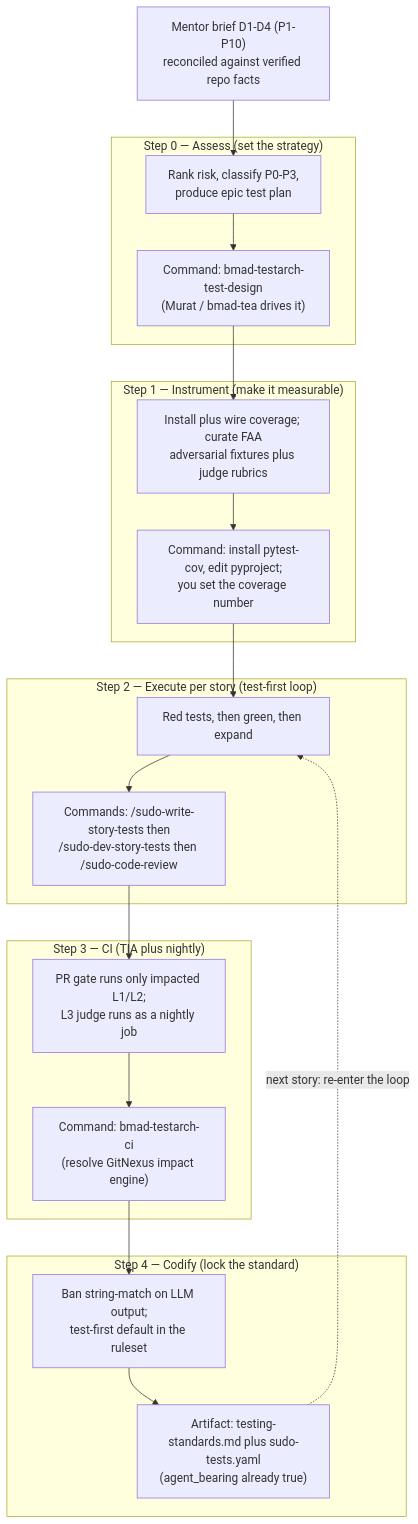
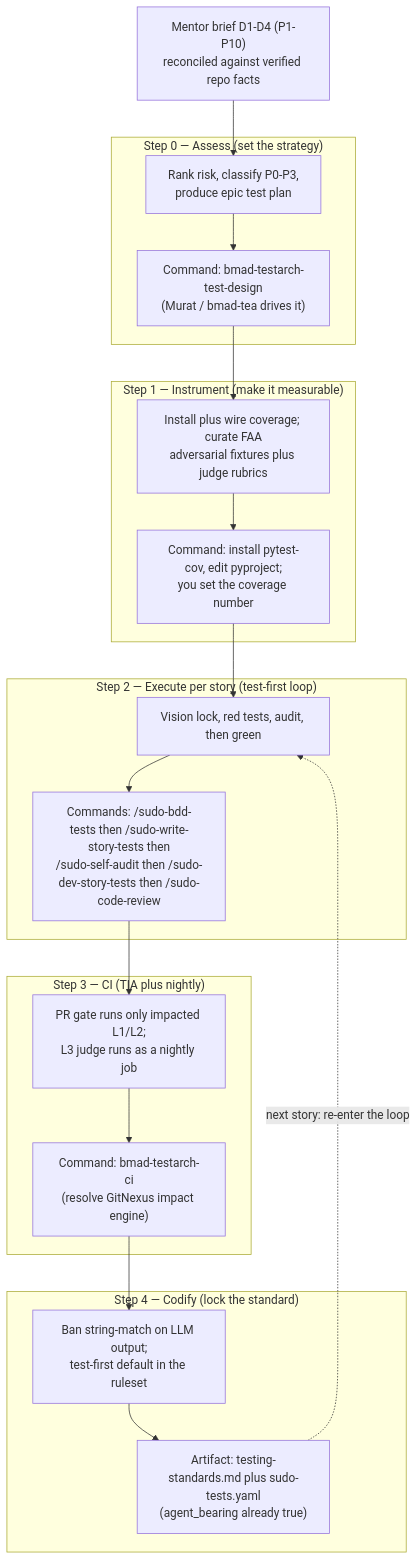
The first of 12 diagrams in _my_resources/open_tasks/tea_testing_guide.md (sudomadhatter/Sudo_Hatter_Command), drawn with Mermaid before and after one commit. The commit also changed other lines of this file and 7 other files, not shown here.

````diff
--- a/_my_resources/open_tasks/tea_testing_guide.md
+++ b/_my_resources/open_tasks/tea_testing_guide.md
@@ -118,40 +132,40 @@
 ```mermaid
 flowchart TD
     Start["Mentor brief D1-D4 (P1-P10)\nreconciled against verified repo facts"] --> Assess
 
     subgraph S0 ["Step 0 — Assess (set the strategy)"]
         Assess["Rank risk, classify P0-P3,\nproduce epic test plan"]
         AssessCmd["Command: bmad-testarch-test-design\n(Murat / bmad-tea drives it)"]
         Assess --> AssessCmd
     end
 
     subgraph S1 ["Step 1 — Instrument (make it measurable)"]
         Instr["Install plus wire coverage; curate FAA\nadversarial fixtures plus judge rubrics"]
         InstrCmd["Command: install pytest-cov, edit pyproject;\nyou set the coverage number"]
         Instr --> InstrCmd
     end
 
     subgraph S2 ["Step 2 — Execute per story (test-first loop)"]
-        Exec["Red tests, then green, then expand"]
-        ExecCmd["Commands: /sudo-write-story-tests then\n/sudo-dev-story-tests then /sudo-code-review"]
+        Exec["Vision lock, red tests, audit, then green"]
+        ExecCmd["Commands: /sudo-bdd-tests then /sudo-write-story-tests then\n/sudo-self-audit then /sudo-dev-story-tests then /sudo-code-review"]
         Exec --> ExecCmd
     end
 
     subgraph S3 ["Step 3 — CI (TIA plus nightly)"]
         CI["PR gate runs only impacted L1/L2;\nL3 judge runs as a nightly job"]
         CICmd["Command: bmad-testarch-ci\n(resolve GitNexus impact engine)"]
         CI --> CICmd
     end
 
     subgraph S4 ["Step 4 — Codify (lock the standard)"]
         Codify["Ban string-match on LLM output;\ntest-first default in the ruleset"]
         CodifyCmd["Artifact: testing-standards.md plus sudo-tests.yaml\n(agent_bearing already true)"]
         Codify --> CodifyCmd
     end
 
     AssessCmd --> Instr
     InstrCmd --> Exec
     ExecCmd --> CI
     CICmd --> Codify
     CodifyCmd -.->|"next story: re-enter the loop"| Exec
 ```
````
